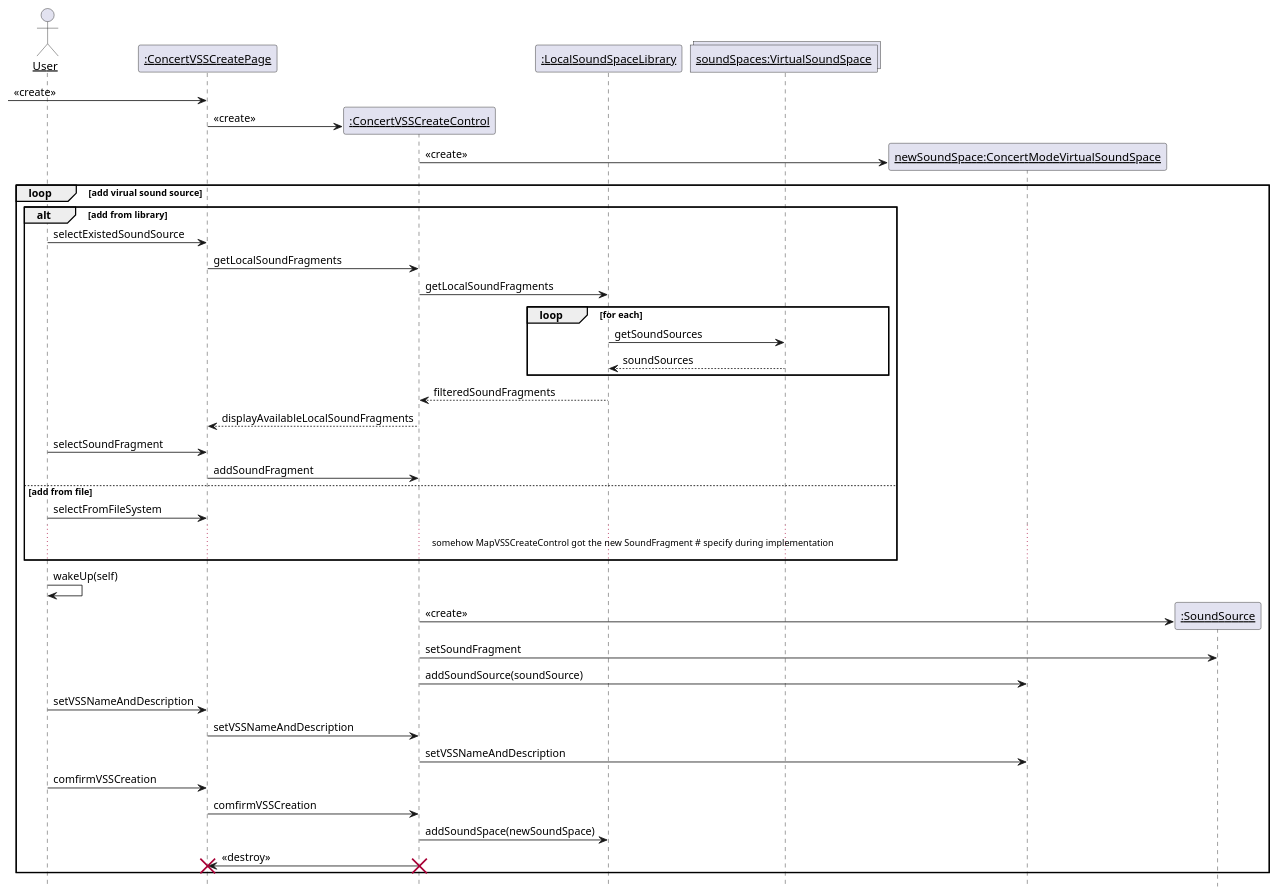
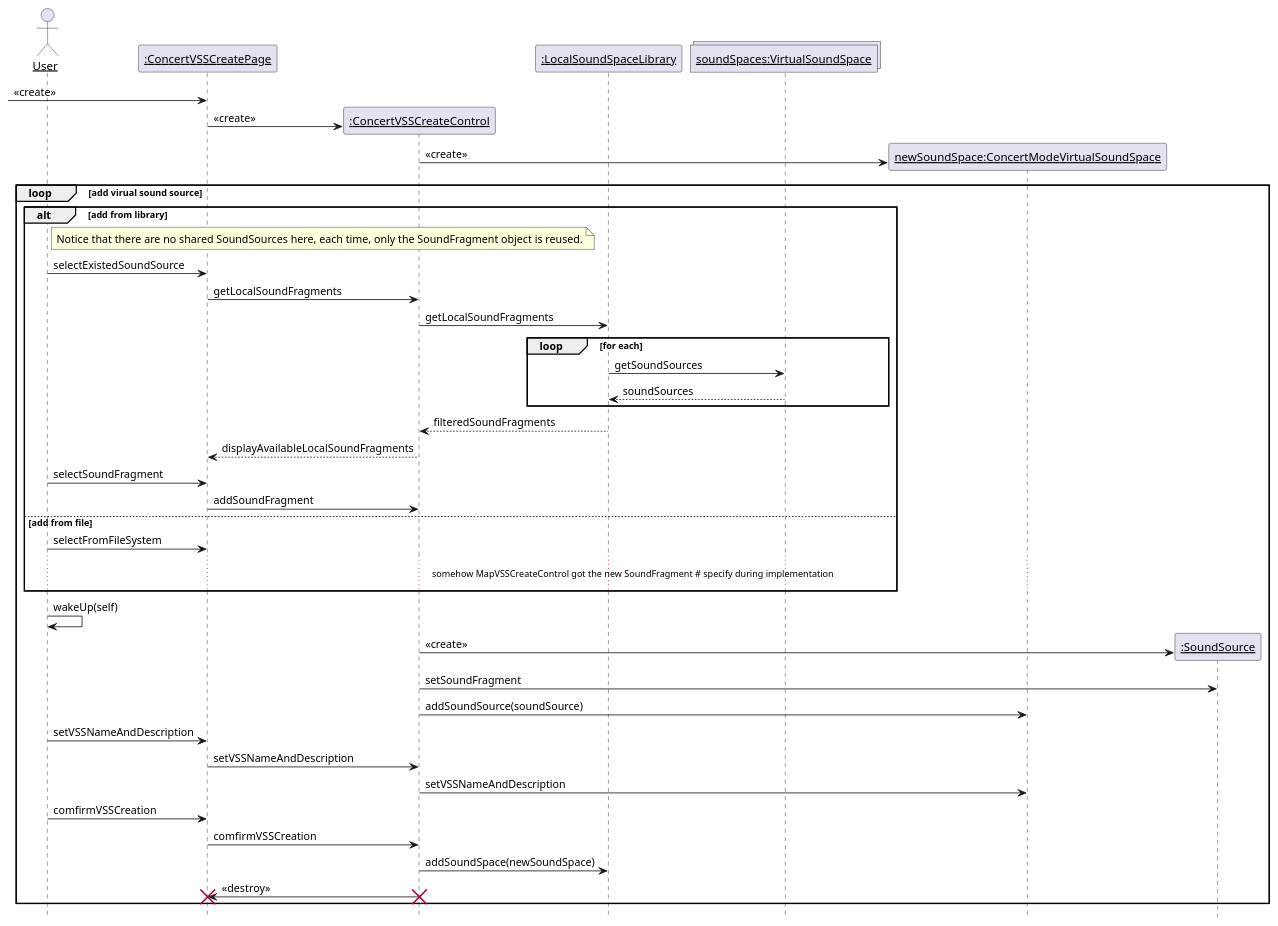
The sixth of 20 diagrams in 需求定义和分析/SeqDiagram.md (kpp19920121/doc), drawn with PlantUML before and after one commit. The commit also changed other lines of this file and 20 other files, not shown here.

````diff
--- a/需求定义和分析/SeqDiagram.md
+++ b/需求定义和分析/SeqDiagram.md
@@ -263,60 +289,61 @@
 ```PlantUML
 @startuml CreateConcertModeVSS
 hide footbox
 skinparam sequenceParticipant underline
 
 
 actor User as user
 participant ":ConcertVSSCreatePage" as createboundary
 participant ":ConcertVSSCreateControl" as createcontrol
 participant ":LocalSoundSpaceLibrary" as library
 collections "soundSpaces:VirtualSoundSpace" as vsses
 participant "newSoundSpace:ConcertModeVirtualSoundSpace" as newspace
 
 create createboundary
 -> createboundary: <<create>>
 create createcontrol
 createboundary -> createcontrol: <<create>>
 create newspace
 createcontrol -> newspace: <<create>>
 
 loop add virual sound source
     alt add from library
+        note right of user: Notice that there are no shared SoundSources here, each time, only the SoundFragment object is reused.
         user -> createboundary: selectExistedSoundSource
         createboundary -> createcontrol: getLocalSoundFragments
         createcontrol -> library: getLocalSoundFragments
         loop for each
             library -> vsses: getSoundSources
             vsses --> library: soundSources
         end
         library --> createcontrol: filteredSoundFragments
         createcontrol --> createboundary: displayAvailableLocalSoundFragments
         user -> createboundary: selectSoundFragment
         createboundary -> createcontrol: addSoundFragment
     else add from file
         user -> createboundary: selectFromFileSystem
         ...somehow MapVSSCreateControl got the new SoundFragment # specify during implementation...
     end
 
 
     participant ":SoundSource" as source
     user -> user: wakeUp(self)
     create source
     createcontrol -> source: <<create>>
     createcontrol -> source: setSoundFragment
     createcontrol -> newspace: addSoundSource(soundSource)
     user -> createboundary: setVSSNameAndDescription
     createboundary -> createcontrol: setVSSNameAndDescription
     createcontrol -> newspace: setVSSNameAndDescription
     user -> createboundary: comfirmVSSCreation
     createboundary -> createcontrol: comfirmVSSCreation
     createcontrol -> library: addSoundSpace(newSoundSpace)
 
     createcontrol -> createboundary: <<destroy>>
     destroy createboundary
     destroy createcontrol
 
 
 end
 @enduml
 ```
````
